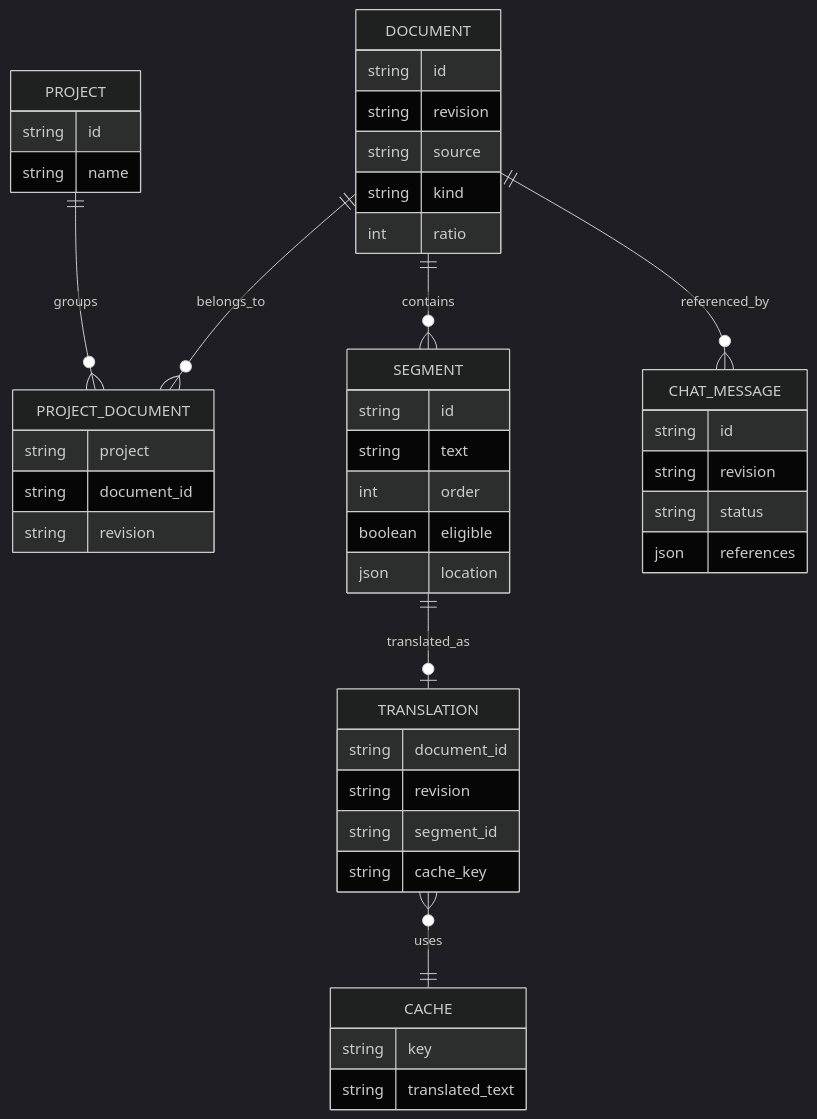
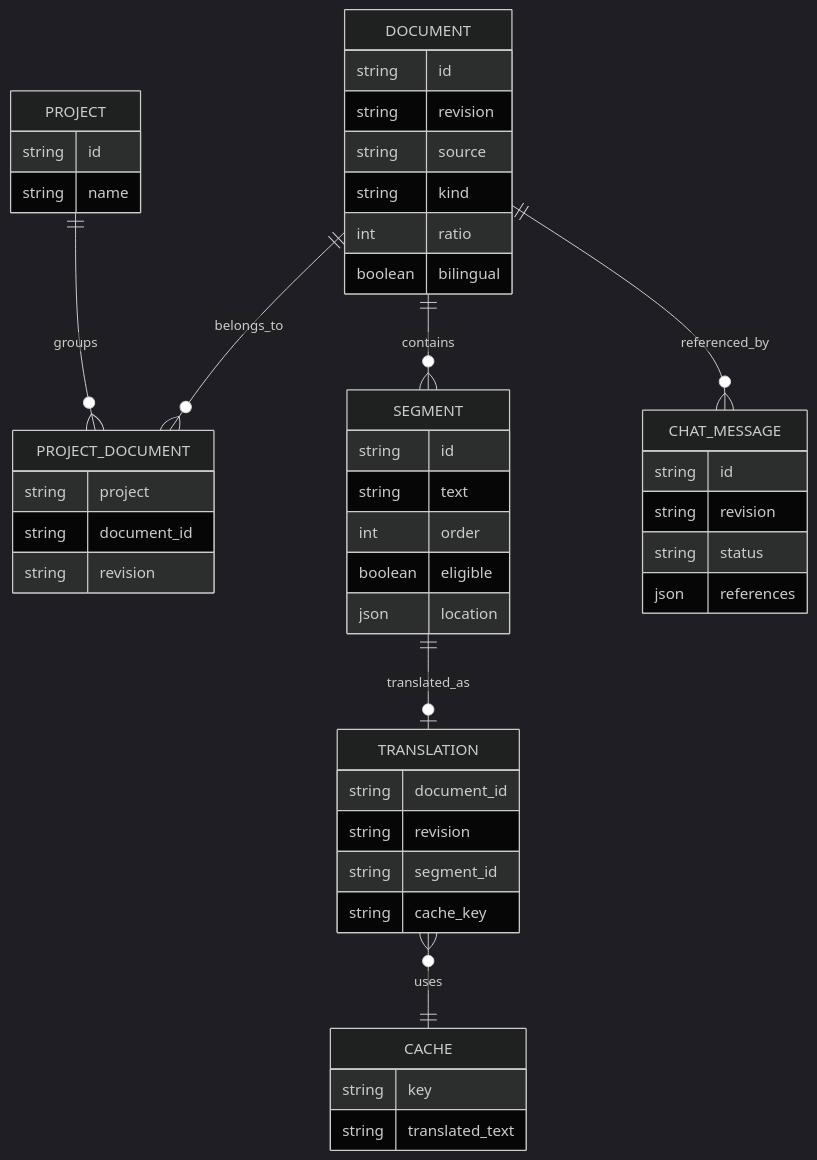
One commit to k-zshiba/Gradia changed the second of 4 diagrams in docs/architecture.md. Above: the diagram before and after it, drawn with Mermaid (dark theme). The commit also changed other lines of this file and 12 other files, not shown here.

````diff
--- a/docs/architecture.md
+++ b/docs/architecture.md
@@ -34,48 +34,49 @@
 ```mermaid
 erDiagram
   PROJECT ||--o{ PROJECT_DOCUMENT : groups
   DOCUMENT ||--o{ PROJECT_DOCUMENT : belongs_to
   DOCUMENT ||--o{ SEGMENT : contains
   SEGMENT ||--o| TRANSLATION : translated_as
   DOCUMENT ||--o{ CHAT_MESSAGE : referenced_by
   TRANSLATION }o--|| CACHE : uses
   DOCUMENT {
     string id
     string revision
     string source
     string kind
     int ratio
+    boolean bilingual
   }
   PROJECT {
     string id
     string name
   }
   PROJECT_DOCUMENT {
     string project
     string document_id
     string revision
   }
   SEGMENT {
     string id
     string text
     int order
     boolean eligible
     json location
   }
   TRANSLATION {
     string document_id
     string revision
     string segment_id
     string cache_key
   }
   CACHE {
     string key
     string translated_text
   }
   CHAT_MESSAGE {
     string id
     string revision
     string status
     json references
   }
 ```
````
